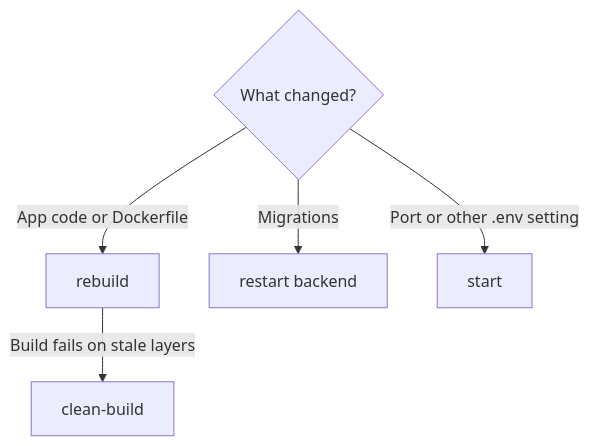
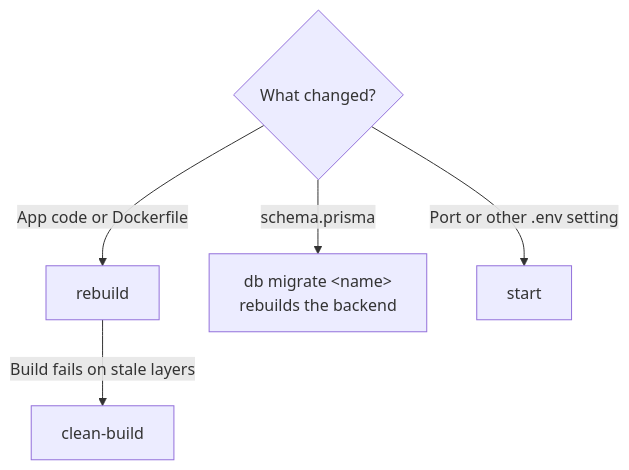
Before and after one commit to biruklarebo/veylith: the fourth of 5 diagrams in docs/containers.md, drawn with Mermaid. The commit also changed other lines of this file and 22 other files, not shown here.

````diff
--- a/docs/containers.md
+++ b/docs/containers.md
@@ -72,8 +72,8 @@
 ```mermaid
 flowchart TD
     changed{"What changed?"}
     changed -- "App code or Dockerfile" --> rebuild["rebuild"]
-    changed -- "Migrations" --> restart["restart backend"]
+    changed -- "schema.prisma" --> migrate["db migrate &lt;name&gt;<br/>rebuilds the backend"]
     changed -- "Port or other .env setting" --> start["start"]
     rebuild -- "Build fails on stale layers" --> clean["clean-build"]
 ```
````
